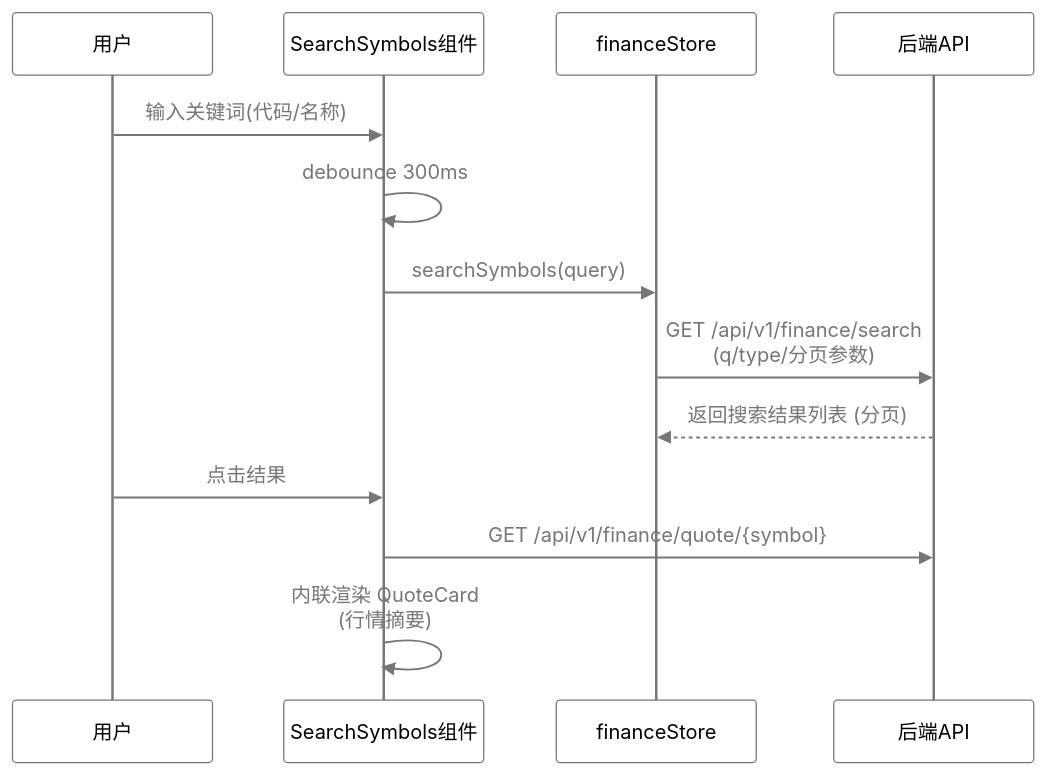
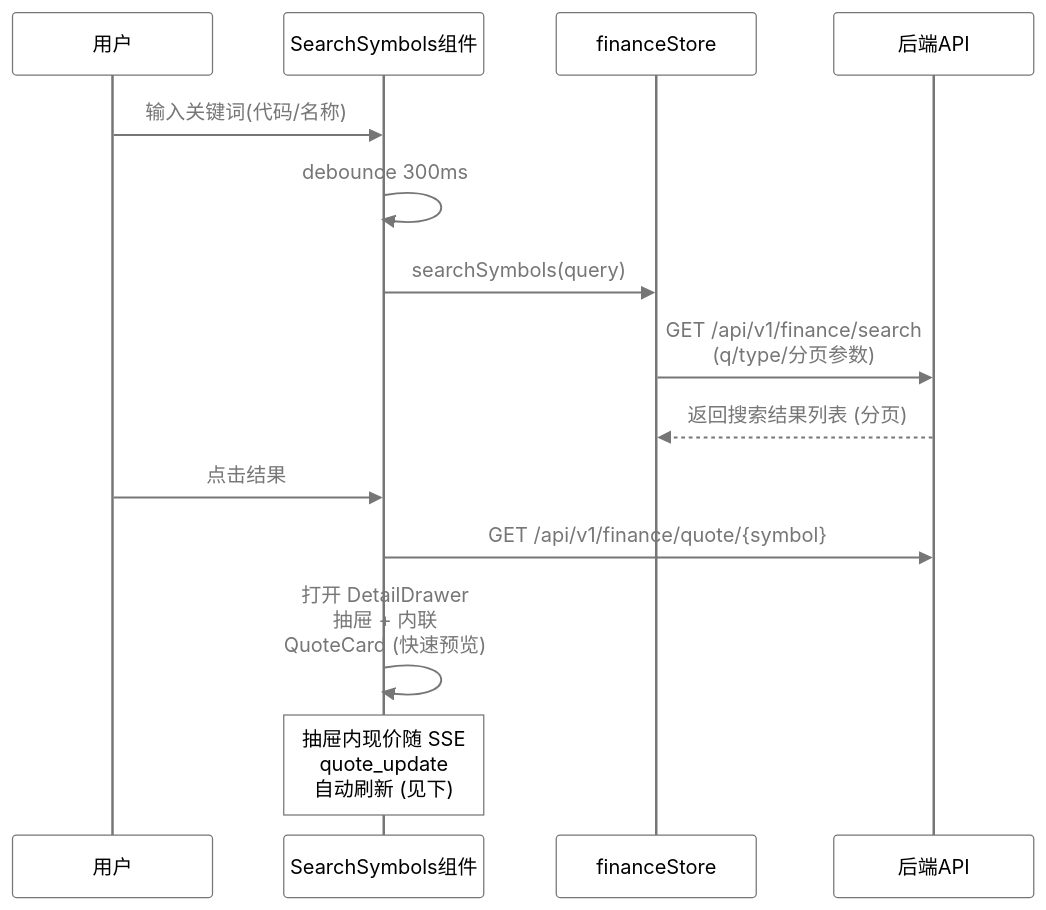
The first of 6 diagrams in docs/dev-guide/design/finance-tab.md (onceme/instantboard), drawn with Mermaid before and after one commit. The commit also changed other lines of this file and 12 other files, not shown here.

Commit message:
feat: add quote detail drawer with sparkline and watchlist action

````diff
--- a/docs/dev-guide/design/finance-tab.md
+++ b/docs/dev-guide/design/finance-tab.md
@@ -24,17 +24,18 @@
 ```mermaid
 %%{init: {"theme": "base", "themeVariables": {"actorBkg": "#ffffff", "actorBorder": "#767676", "actorTextColor": "#000000", "actorLineColor": "#767676", "noteBkgColor": "#ffffff", "noteTextColor": "#000000", "noteBorderColor": "#767676", "activationBkgColor": "#ffffff", "activationBorderColor": "#767676", "signalColor": "#767676", "signalTextColor": "#767676", "labelBoxBkgColor": "#ffffff", "labelBoxBorderColor": "#767676", "labelTextColor": "#000000", "loopTextColor": "#767676", "altSectionBkgColor": "#ffffff", "sequenceNumberColor": "#000000", "fontSize": "14px"}, "sequence": {"mirrorActors": true, "actorMargin": 50, "width": 160, "height": 50, "messageMargin": 40, "noteMargin": 10, "boxMargin": 8, "wrap": true}}}%%
 sequenceDiagram
     participant U as 用户
     participant SB as SearchSymbols组件
     participant ST as financeStore
     participant API as 后端API
 
     U->>SB: 输入关键词(代码/名称)
     SB->>SB: debounce 300ms
     SB->>ST: searchSymbols(query)
     ST->>API: GET /api/v1/finance/search (q/type/分页参数)
     API-->>ST: 返回搜索结果列表 (分页)
     U->>SB: 点击结果
     SB->>API: GET /api/v1/finance/quote/{symbol}
-    SB->>SB: 内联渲染 QuoteCard (行情摘要)
+    SB->>SB: 打开 DetailDrawer 抽屉 + 内联 QuoteCard (快速预览)
+    Note over SB: 抽屉内现价随 SSE quote_update 自动刷新 (见下)
 ```
````
